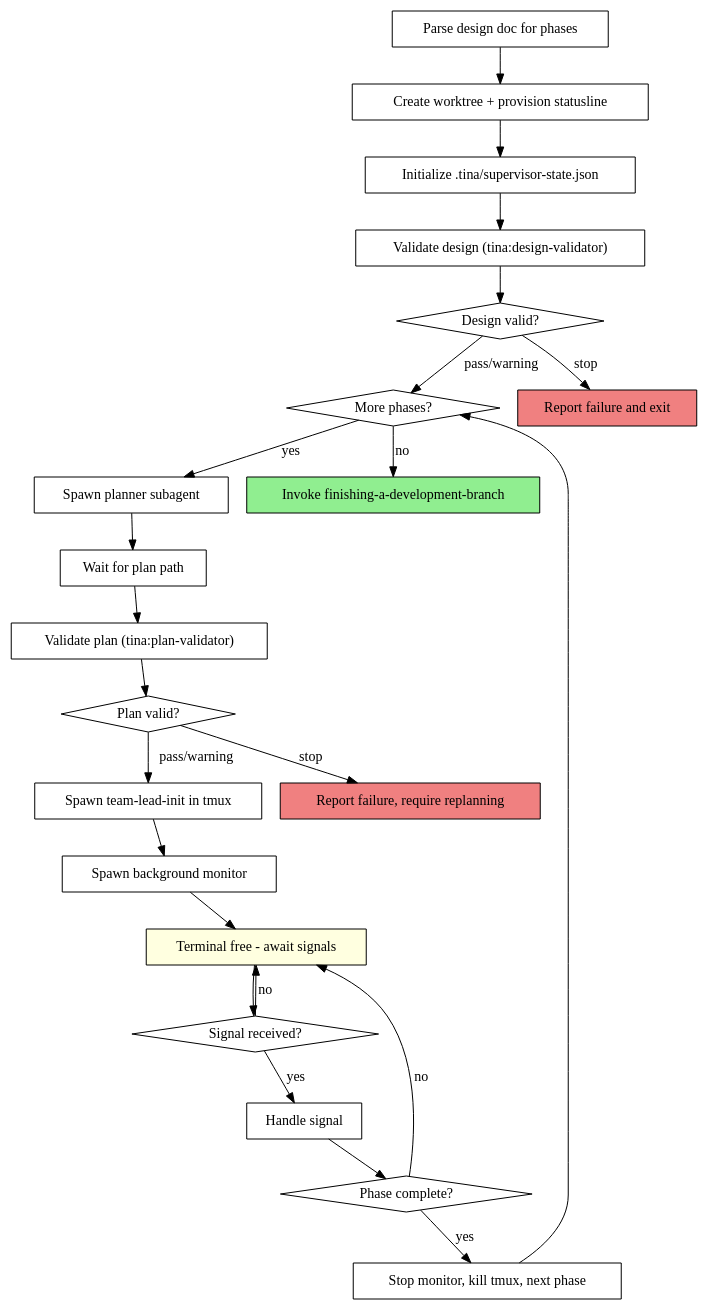
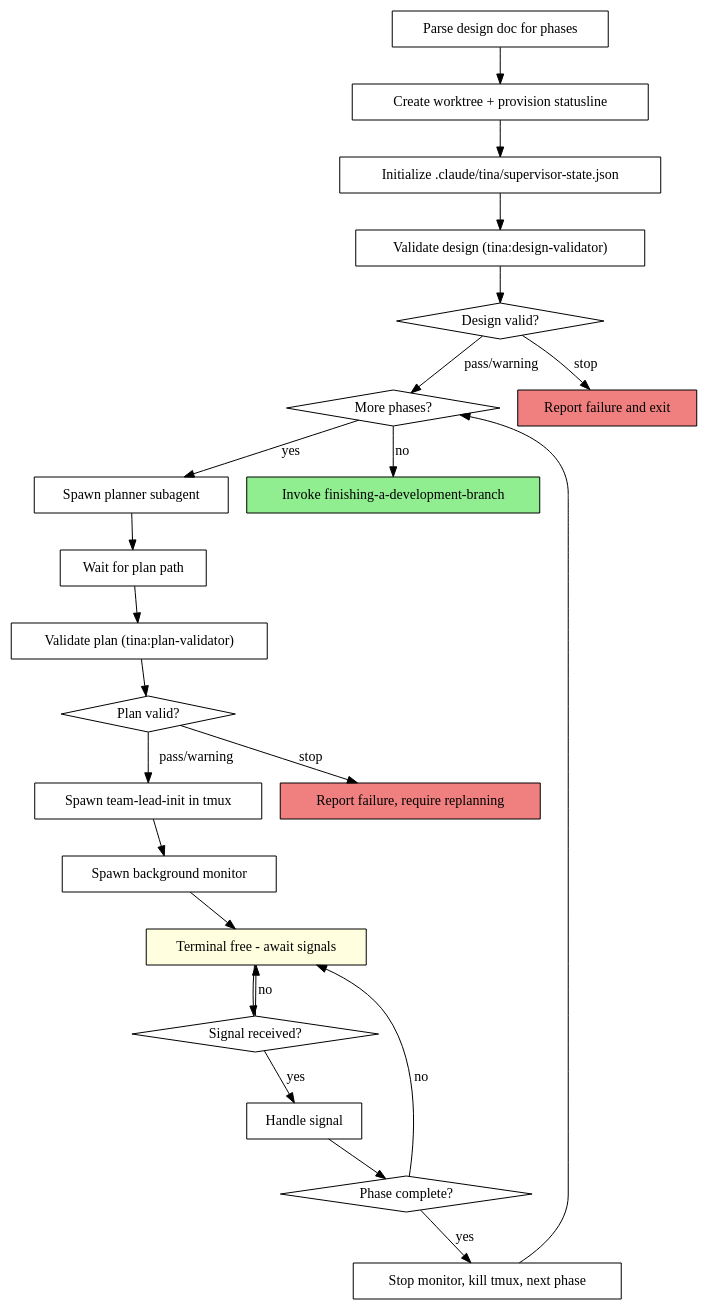
The diagram in skills/orchestrate/SKILL.md (joshuabates/tina), drawn with Graphviz before and after one commit. The commit also changed other lines of this file and 24 other files, not shown here.

First line of the commit message:
refactor: move tina state from .tina/ to .claude/tina/

````diff
--- a/skills/orchestrate/SKILL.md
+++ b/skills/orchestrate/SKILL.md
@@ -52,49 +52,49 @@
 ```dot
 digraph orchestrate {
     rankdir=TB;
 
     "Parse design doc for phases" [shape=box];
     "Create worktree + provision statusline" [shape=box];
-    "Initialize .tina/supervisor-state.json" [shape=box];
+    "Initialize .claude/tina/supervisor-state.json" [shape=box];
     "More phases?" [shape=diamond];
     "Spawn planner subagent" [shape=box];
     "Wait for plan path" [shape=box];
     "Spawn team-lead-init in tmux" [shape=box];
     "Spawn background monitor" [shape=box];
     "Terminal free - await signals" [shape=box style=filled fillcolor=lightyellow];
     "Signal received?" [shape=diamond];
     "Handle signal" [shape=box];
     "Phase complete?" [shape=diamond];
     "Stop monitor, kill tmux, next phase" [shape=box];
     "Invoke finishing-a-development-branch" [shape=box style=filled fillcolor=lightgreen];
 
     "Parse design doc for phases" -> "Create worktree + provision statusline";
-    "Create worktree + provision statusline" -> "Initialize .tina/supervisor-state.json";
-    "Initialize .tina/supervisor-state.json" -> "Validate design (tina:design-validator)";
+    "Create worktree + provision statusline" -> "Initialize .claude/tina/supervisor-state.json";
+    "Initialize .claude/tina/supervisor-state.json" -> "Validate design (tina:design-validator)";
     "Validate design (tina:design-validator)" [shape=box];
     "Design valid?" [shape=diamond];
     "Validate design (tina:design-validator)" -> "Design valid?";
     "Design valid?" -> "More phases?" [label="pass/warning"];
     "Design valid?" -> "Report failure and exit" [label="stop"];
     "Report failure and exit" [shape=box style=filled fillcolor=lightcoral];
     "More phases?" -> "Spawn planner subagent" [label="yes"];
     "Spawn planner subagent" -> "Wait for plan path";
     "Wait for plan path" -> "Validate plan (tina:plan-validator)";
     "Validate plan (tina:plan-validator)" [shape=box];
     "Plan valid?" [shape=diamond];
     "Validate plan (tina:plan-validator)" -> "Plan valid?";
     "Plan valid?" -> "Spawn team-lead-init in tmux" [label="pass/warning"];
     "Plan valid?" -> "Report failure, require replanning" [label="stop"];
     "Report failure, require replanning" [shape=box style=filled fillcolor=lightcoral];
     "Spawn team-lead-init in tmux" -> "Spawn background monitor";
     "Spawn background monitor" -> "Terminal free - await signals";
     "Terminal free - await signals" -> "Signal received?";
     "Signal received?" -> "Terminal free - await signals" [label="no"];
     "Signal received?" -> "Handle signal" [label="yes"];
     "Handle signal" -> "Phase complete?";
     "Phase complete?" -> "Terminal free - await signals" [label="no"];
     "Phase complete?" -> "Stop monitor, kill tmux, next phase" [label="yes"];
     "Stop monitor, kill tmux, next phase" -> "More phases?";
     "More phases?" -> "Invoke finishing-a-development-branch" [label="no"];
 }
 ```
````
